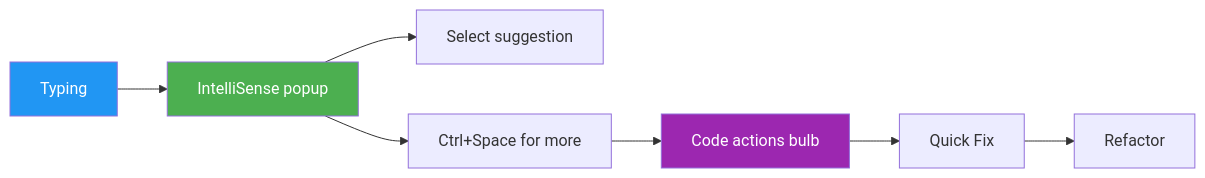
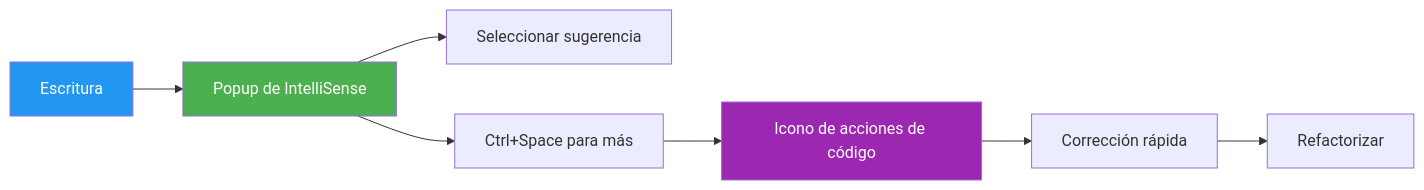
Before and after one commit to joseluisgs/EntornosDesarrollo-02-2026-2027: the first of 4 diagrams in 05-operativa-basica.md, drawn with Mermaid. The commit also changed other lines of this file and 9 other files, not shown here.

First line of the commit message:
[fix] Auditoría completa UD02: errores, formato, CCEE, Mermaid, ejemplos

````diff
--- a/05-operativa-basica.md
+++ b/05-operativa-basica.md
@@ -52,13 +52,13 @@
 ```mermaid
 graph LR
-    A[Typing] --> B[IntelliSense popup]
-    B --> C[Select suggestion]
-    B --> D[Ctrl+Space for more]
-    D --> E[Code actions bulb]
-    E --> F[Quick Fix]
-    F --> G[Refactor]
+    A[Escritura] --> B[Popup de IntelliSense]
+    B --> C[Seleccionar sugerencia]
+    B --> D[Ctrl+Space para más]
+    D --> E[Icono de acciones de código]
+    E --> F[Corrección rápida]
+    F --> G[Refactorizar]
 
     style A fill:#2196F3,color:#fff
     style B fill:#4CAF50,color:#fff
     style E fill:#9C27B0,color:#fff
 ```
````
